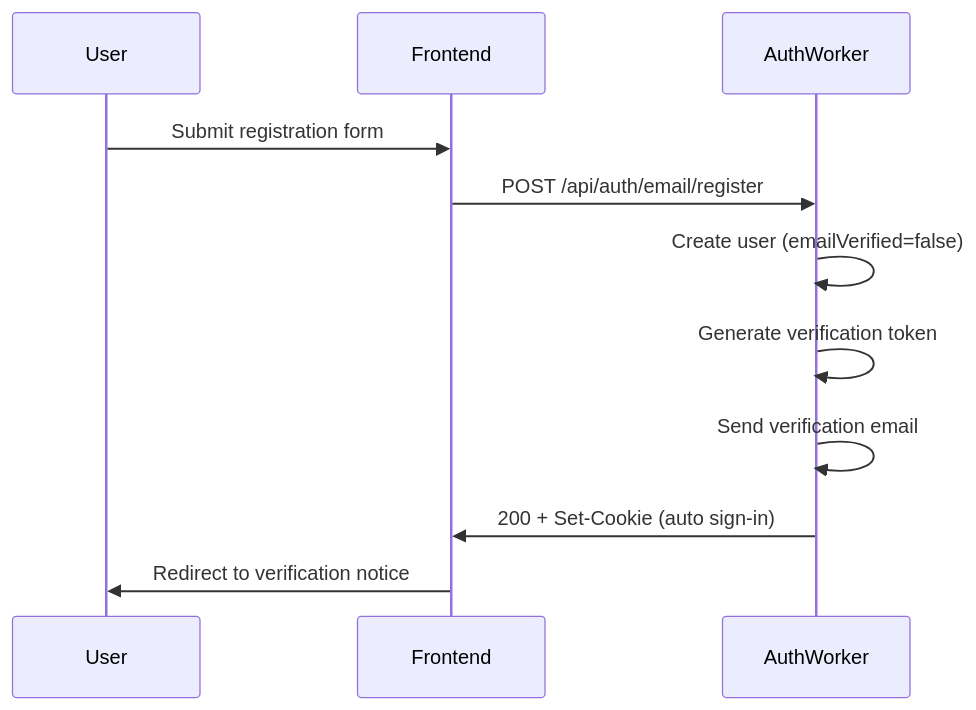
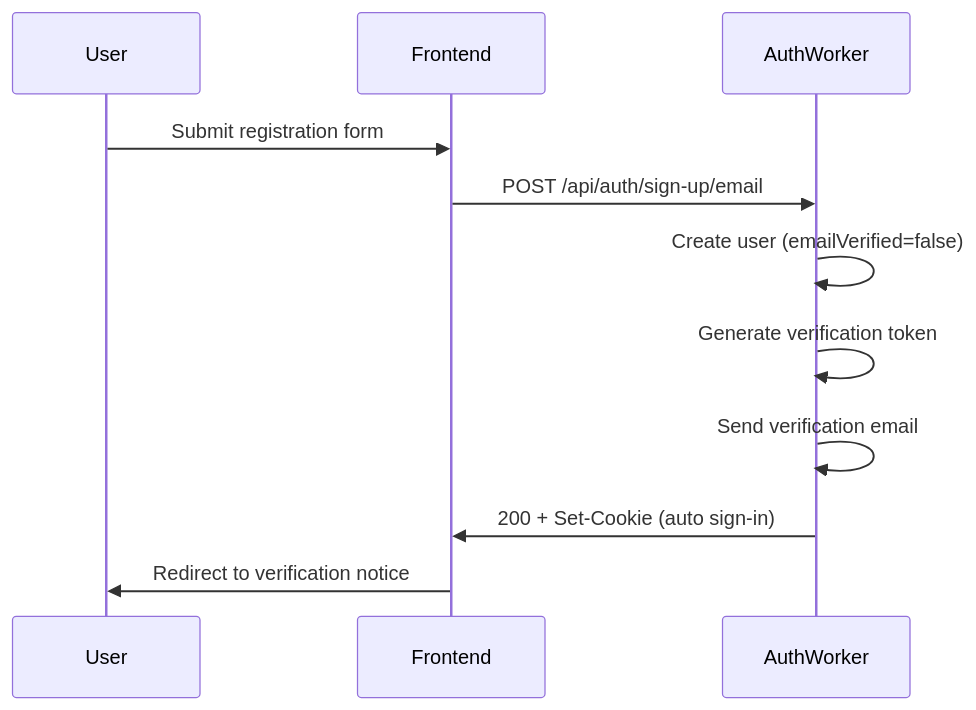
The fourth of 8 diagrams in design/frontend/AUTH.md (brucemckayone/codex), drawn with Mermaid before and after one commit. The commit also changed other lines of this file and 7 other files, not shown here.

````diff
--- a/design/frontend/AUTH.md
+++ b/design/frontend/AUTH.md
@@ -158,14 +158,14 @@
 ```mermaid
 sequenceDiagram
     participant User
     participant Frontend
     participant AuthWorker
 
     User->>Frontend: Submit registration form
-    Frontend->>AuthWorker: POST /api/auth/email/register
+    Frontend->>AuthWorker: POST /api/auth/sign-up/email
     AuthWorker->>AuthWorker: Create user (emailVerified=false)
     AuthWorker->>AuthWorker: Generate verification token
     AuthWorker->>AuthWorker: Send verification email
     AuthWorker->>Frontend: 200 + Set-Cookie (auto sign-in)
     Frontend->>User: Redirect to verification notice
 ```
````
